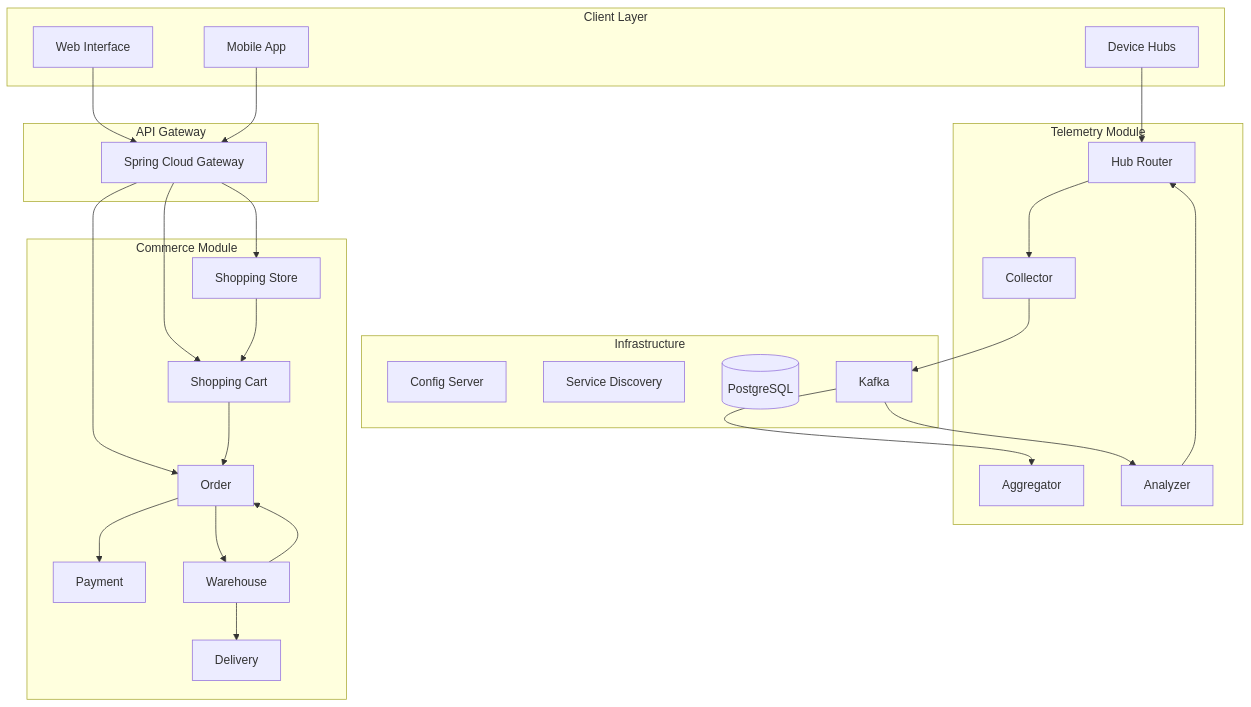
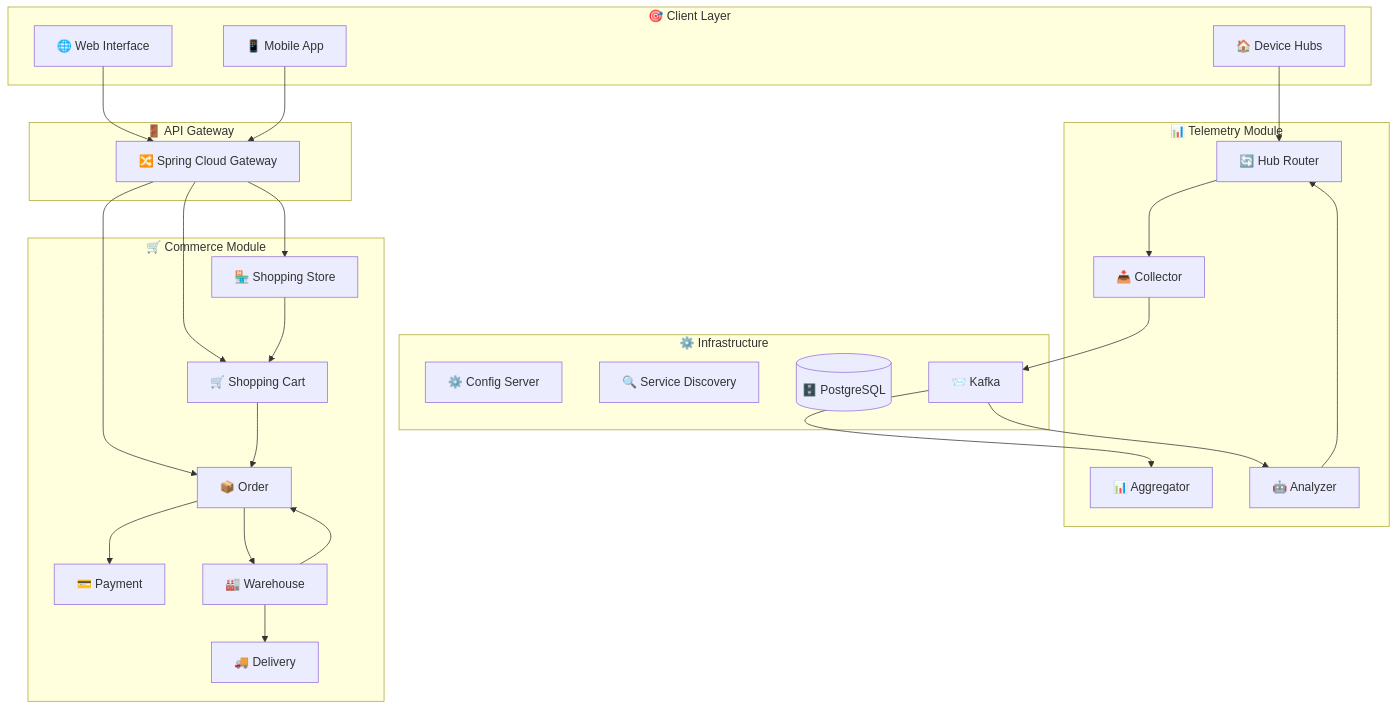
One commit to KiselevAlecksey/plus-smart-home-tech changed the diagram in README.md. Above: the diagram before and after it, drawn with Mermaid. The commit also changed other lines of this file, not shown here.

````diff
--- a/README.md
+++ b/README.md
@@ -82,53 +82,53 @@
 ```mermaid
 graph TD
-    subgraph "Client Layer"
-        UI[Web Interface]
-        MH[Mobile App]
-        DH[Device Hubs]
+    subgraph "🎯 Client Layer"
+        UI[🌐 Web Interface]
+        MH[📱 Mobile App]
+        DH[🏠 Device Hubs]
     end
     
-    subgraph "API Gateway"
-        AG[Spring Cloud Gateway]
+    subgraph "🚪 API Gateway"
+        AG[🔀 Spring Cloud Gateway]
     end
     
-    subgraph "Telemetry Module"
-        HR[Hub Router]
-        COL[Collector]
-        AGG[Aggregator]
-        ANZ[Analyzer]
+    subgraph "📊 Telemetry Module"
+        HR[🔄 Hub Router]
+        COL[📥 Collector]
+        AGG[📊 Aggregator]
+        ANZ[🤖 Analyzer]
     end
     
-    subgraph "Commerce Module"
-        STORE[Shopping Store]
-        CART[Shopping Cart]
-        ORDER[Order]
-        PAY[Payment]
-        WH[Warehouse]
-        DELIV[Delivery]
+    subgraph "🛒 Commerce Module"
+        STORE[🏪 Shopping Store]
+        CART[🛒 Shopping Cart]
+        ORDER[📦 Order]
+        PAY[💳 Payment]
+        WH[🏭 Warehouse]
+        DELIV[🚚 Delivery]
     end
     
-    subgraph "Infrastructure"
-        CONFIG[Config Server]
-        DISC[Service Discovery]
-        DB[(PostgreSQL)]
-        KFK[Kafka]
+    subgraph "⚙️ Infrastructure"
+        CONFIG[⚙️ Config Server]
+        DISC[🔍 Service Discovery]
+        DB[(🗄️ PostgreSQL)]
+        KFK[📨 Kafka]
     end
     
     UI --> AG
     MH --> AG
     DH --> HR
     AG --> STORE
     AG --> CART
     AG --> ORDER
     HR --> COL
     COL --> KFK
     KFK --> AGG
     KFK --> ANZ
     ANZ --> HR
     STORE --> CART
     CART --> ORDER
     ORDER --> PAY
     ORDER --> WH
     WH --> DELIV
     WH --> ORDER
 ```
````
